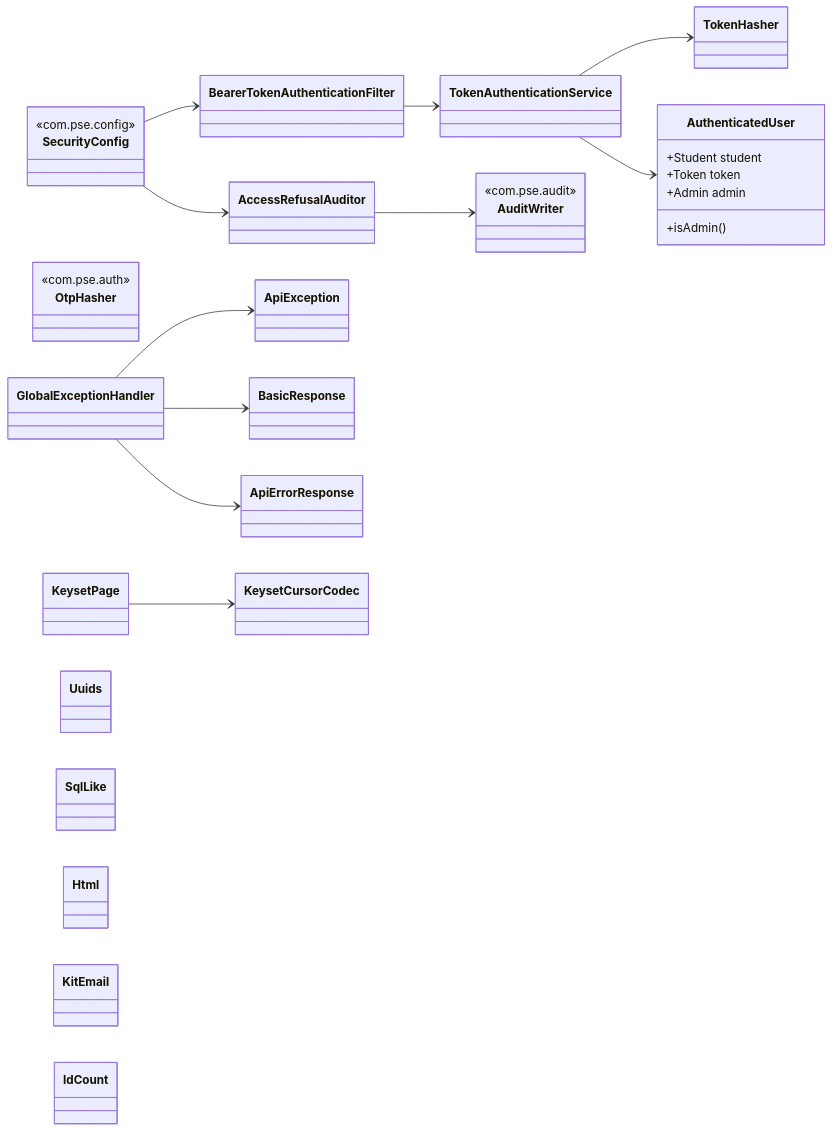
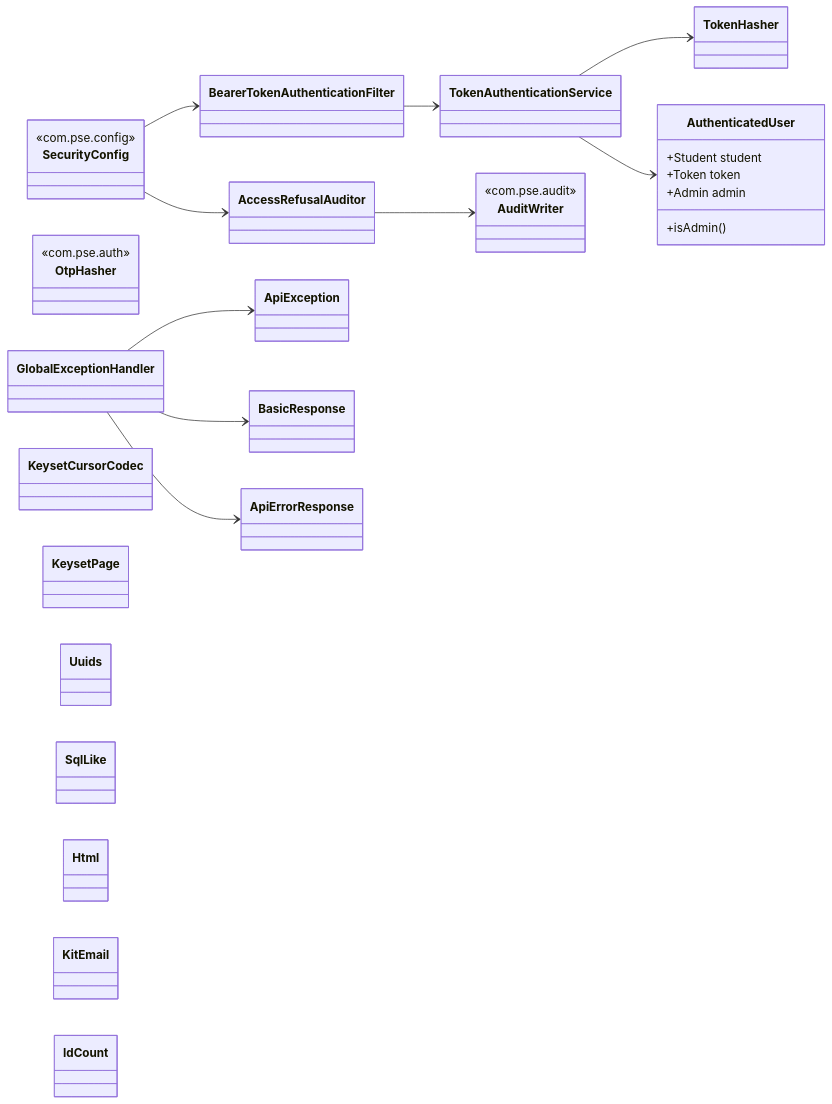
The sixth of 6 diagrams in backend/docs/class-diagrams.md (AlparslanSemiz/rate-my-professor), drawn with Mermaid before and after one commit. The commit also changed other lines of this file, not shown here.

Commit message:
correct the class diagrams

````diff
--- a/backend/docs/class-diagrams.md
+++ b/backend/docs/class-diagrams.md
@@ -404,48 +499,47 @@
 ```mermaid
 classDiagram
     direction LR
 
     class SecurityConfig {
         <<com.pse.config>>
     }
     class BearerTokenAuthenticationFilter
     class TokenAuthenticationService
     class AuthenticatedUser {
         +Student student
         +Token token
         +Admin admin
         +isAdmin()
     }
     class AccessRefusalAuditor
     class TokenHasher
     class OtpHasher {
         <<com.pse.auth>>
     }
     class AuditWriter {
         <<com.pse.audit>>
     }
 
     class GlobalExceptionHandler
     class ApiException
     class BasicResponse
     class ApiErrorResponse
     class KeysetCursorCodec
     class KeysetPage
     class Uuids
     class SqlLike
     class Html
     class KitEmail
     class IdCount
 
     SecurityConfig --> BearerTokenAuthenticationFilter
     SecurityConfig --> AccessRefusalAuditor
     BearerTokenAuthenticationFilter --> TokenAuthenticationService
     TokenAuthenticationService --> TokenHasher
     TokenAuthenticationService --> AuthenticatedUser
     AccessRefusalAuditor --> AuditWriter
 
     GlobalExceptionHandler --> ApiException
     GlobalExceptionHandler --> BasicResponse
     GlobalExceptionHandler --> ApiErrorResponse
-    KeysetPage --> KeysetCursorCodec
 ```
````
